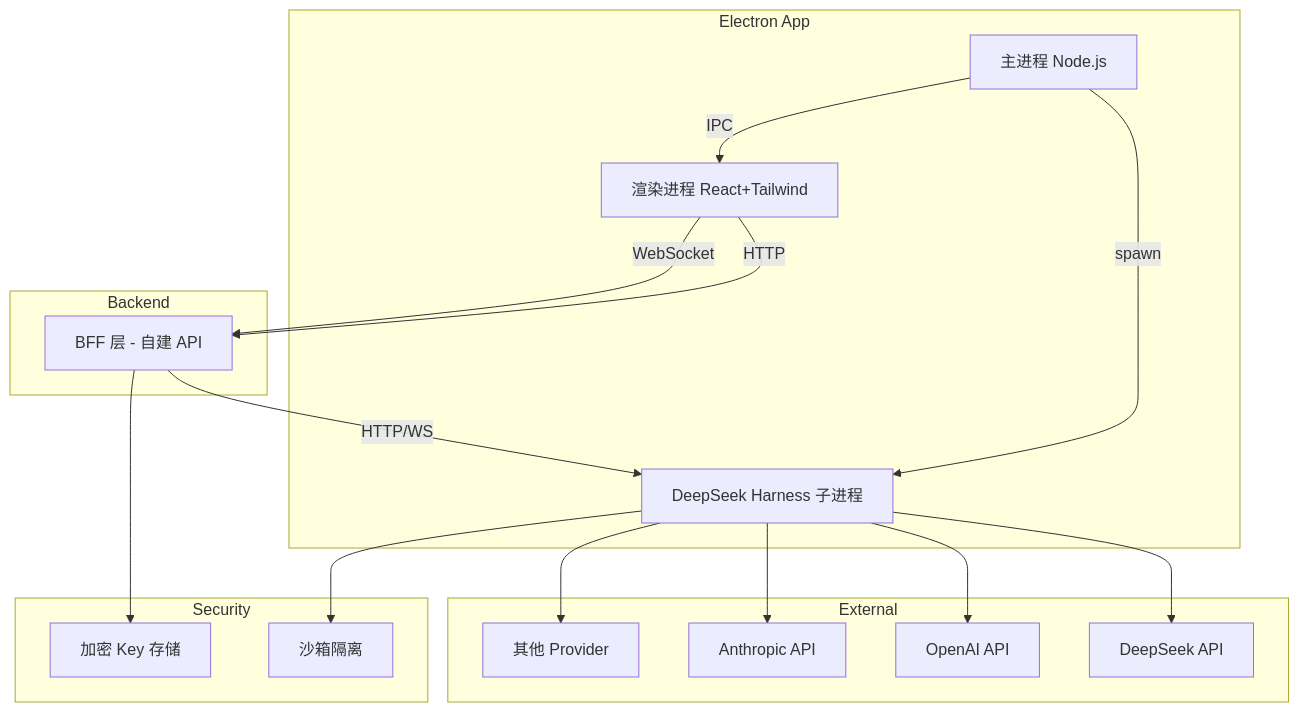
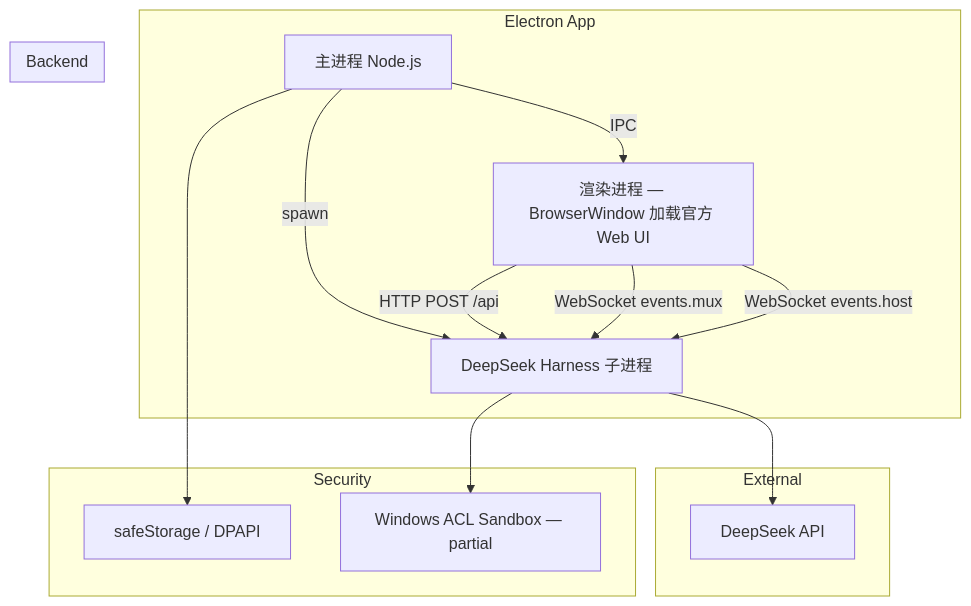
Before and after one commit to h382110229/HawkAIAgent: the diagram in docs/decisions.md, drawn with Mermaid. The commit also changed other lines of this file and 11 other files, not shown here.

````diff
--- a/docs/decisions.md
+++ b/docs/decisions.md
@@ -39,38 +84,31 @@
 ```mermaid
 graph TB
     subgraph Electron App
         Main[主进程 Node.js]
-        Renderer[渲染进程 React+Tailwind]
+        Renderer[渲染进程 — BrowserWindow 加载官方 Web UI]
         Main -->|spawn| DSH[DeepSeek Harness 子进程]
         Main -->|IPC| Renderer
     end
 
     subgraph Backend
-        BFF[BFF 层 - 自建 API]
         DSH
-        BFF -->|HTTP/WS| DSH
     end
 
-    Renderer -->|HTTP| BFF
-    Renderer -->|WebSocket| BFF
+    Renderer -->|HTTP POST /api| DSH
+    Renderer -->|WebSocket events.mux| DSH
+    Renderer -->|WebSocket events.host| DSH
 
     subgraph External
         DeepSeek[DeepSeek API]
-        OpenAI[OpenAI API]
-        Anthropic[Anthropic API]
-        Others[其他 Provider]
     end
 
     DSH --> DeepSeek
-    DSH --> OpenAI
-    DSH --> Anthropic
-    DSH --> Others
 
     subgraph Security
-        Sandbox[沙箱隔离]
-        Vault[加密 Key 存储]
+        SafeStorage[safeStorage / DPAPI]
+        Sandbox[Windows ACL Sandbox — partial]
     end
 
+    Main --> SafeStorage
     DSH --> Sandbox
-    BFF --> Vault
 ```
````
